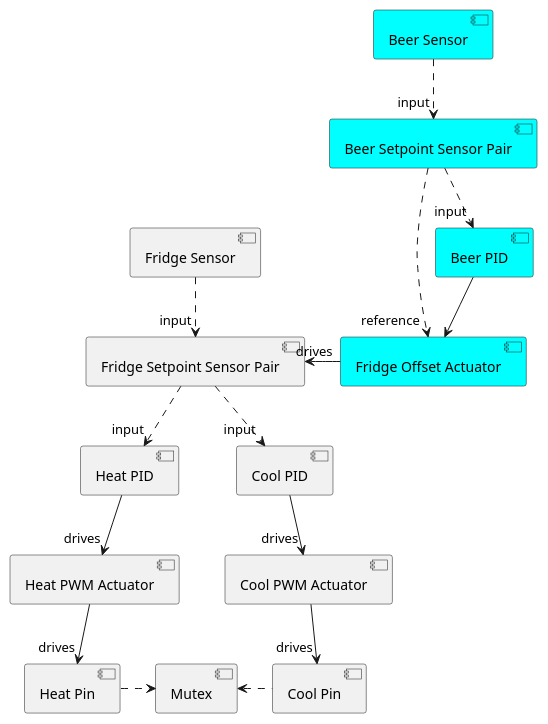
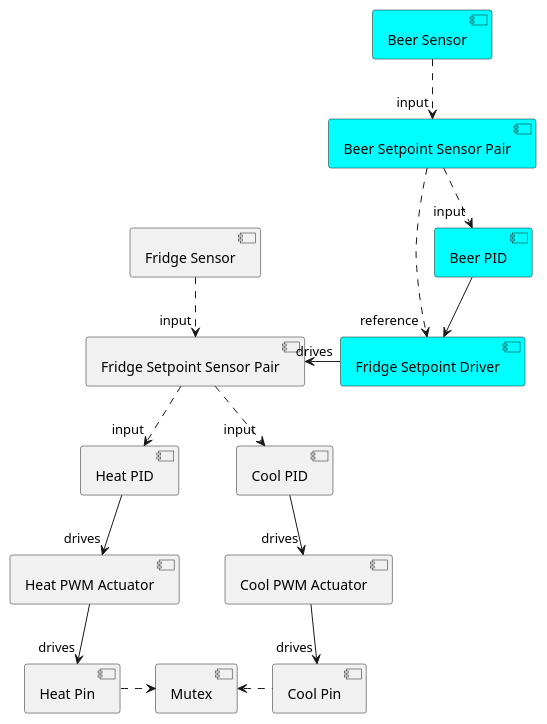
One commit to BrewBlox/brewblox-documentation changed the diagram in docs/uml/offset_chain.puml. Above: the diagram before and after it, drawn with PlantUML. The commit also changed 4 other files, not shown here.

```diff
--- a/docs/uml/offset_chain.puml
+++ b/docs/uml/offset_chain.puml
@@ -1,38 +1,38 @@
 @startuml Beer Offset Control Chain
 component heat_PID as "Heat PID"
 component heat_PWM as "Heat PWM Actuator"
 component heat_Pin as "Heat Pin"
 
 component cool_PID as "Cool PID"
 component cool_PWM as "Cool PWM Actuator"
 component cool_Pin as "Cool Pin"
 
 component fridge_SSP as "Fridge Setpoint Sensor Pair"
 component fridge_Sensor as "Fridge Sensor"
 
 component Mutex
 
 component beer_PID as "Beer PID" #Cyan
 component beer_SSP as "Beer Setpoint Sensor Pair" #Cyan
 component beer_Sensor as "Beer Sensor" #Cyan
-component beer_Offset as "Fridge Offset Actuator" #Cyan
+component beer_Offset as "Fridge Setpoint Driver" #Cyan
 
 fridge_Sensor .down.> "input" fridge_SSP
 fridge_SSP .down.> "input" heat_PID
 fridge_SSP .down.> "input" cool_PID
 
 heat_PID -down-> "drives" heat_PWM
 heat_PWM -down-> "drives" heat_Pin
 heat_Pin .right.> Mutex
 
 cool_PID -down-> "drives" cool_PWM
 cool_PWM -down-> "drives" cool_Pin
 cool_Pin .left.> Mutex
 
 beer_Sensor .down.> "input" beer_SSP
 beer_SSP .down.> "input" beer_PID
 beer_SSP .down.> "reference" beer_Offset
 beer_PID -down-> beer_Offset
 beer_Offset -left-> "drives" fridge_SSP
 
 @enduml
```
